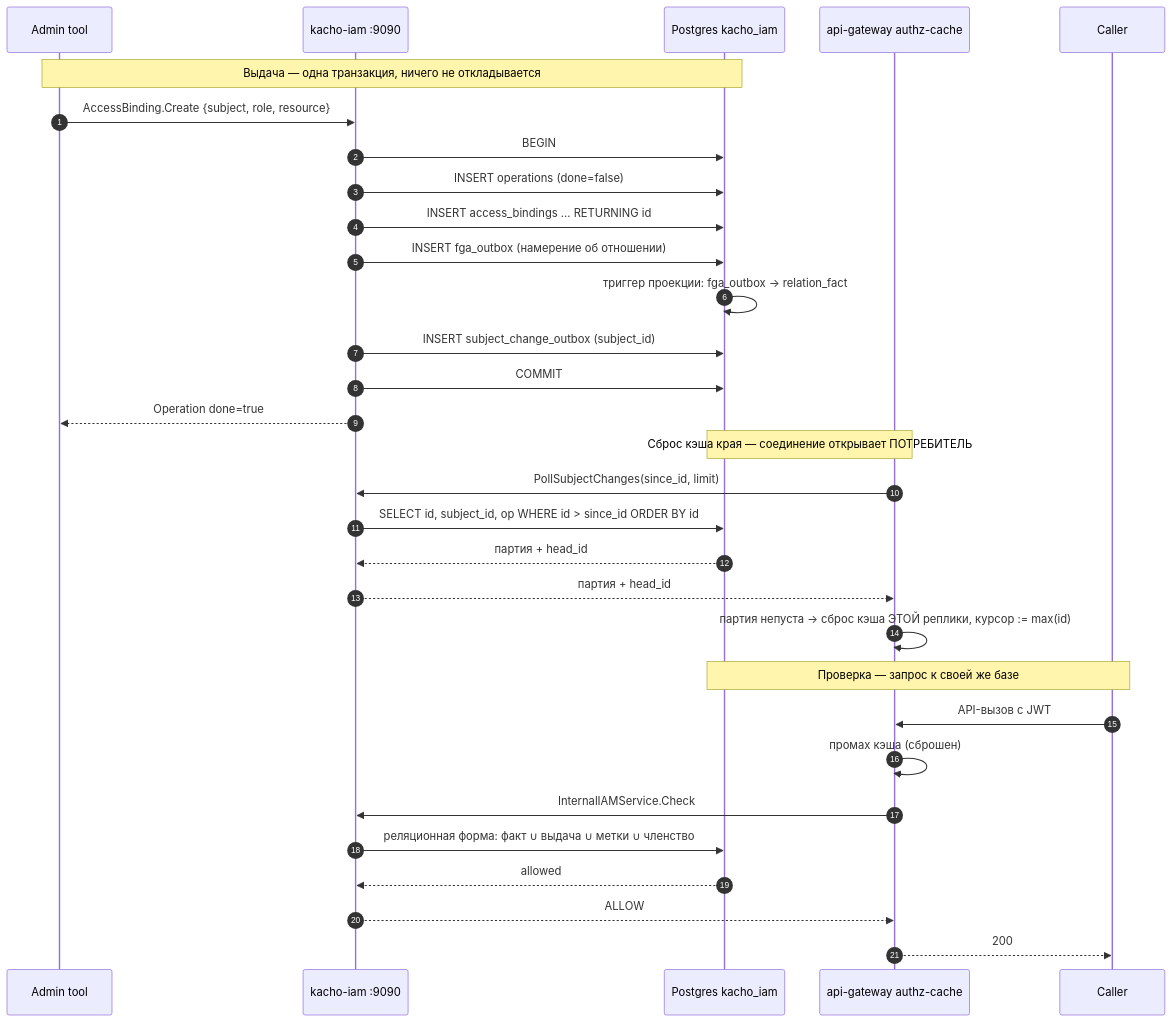
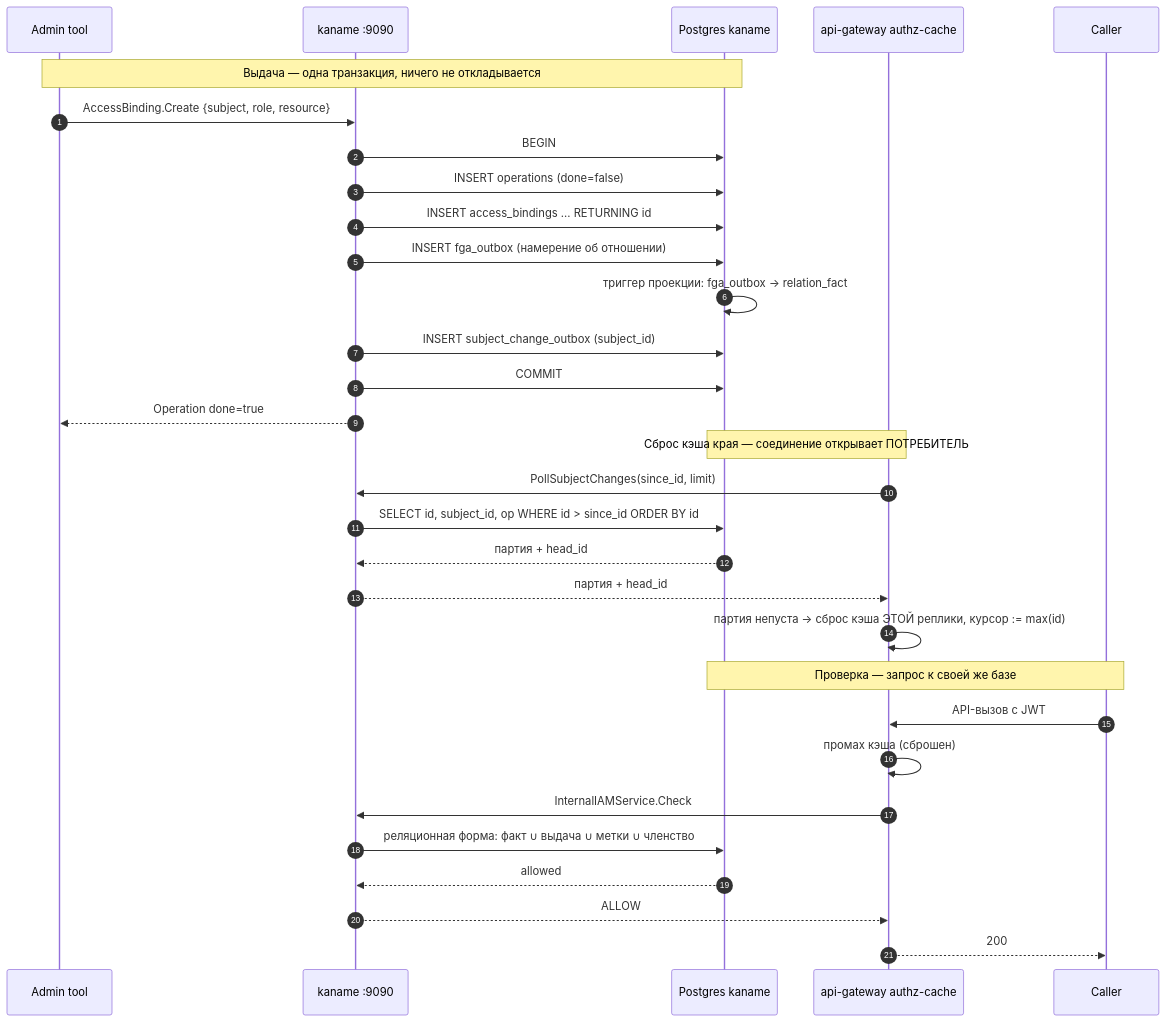
Before and after one commit to PRO-Robotech/kacho: the diagram in services/iam/docs/engineering/components/29-relational-verdict.md, drawn with Mermaid. The commit also changed other lines of this file and 5005 other files, not shown here.

````diff
--- a/services/iam/docs/engineering/components/29-relational-verdict.md
+++ b/services/iam/docs/engineering/components/29-relational-verdict.md
@@ -135,36 +135,36 @@
 ```mermaid
 sequenceDiagram
     autonumber
     participant Admin as Admin tool
-    participant IAM as kacho-iam :9090
-    participant DB as Postgres kacho_iam
+    participant IAM as kaname :9090
+    participant DB as Postgres kaname
     participant GW as api-gateway authz-cache
     participant Caller
 
     Note over Admin,DB: Выдача — одна транзакция, ничего не откладывается
     Admin->>IAM: AccessBinding.Create {subject, role, resource}
     IAM->>DB: BEGIN
     IAM->>DB: INSERT operations (done=false)
     IAM->>DB: INSERT access_bindings ... RETURNING id
     IAM->>DB: INSERT fga_outbox (намерение об отношении)
     DB->>DB: триггер проекции: fga_outbox → relation_fact
     IAM->>DB: INSERT subject_change_outbox (subject_id)
     IAM->>DB: COMMIT
     IAM-->>Admin: Operation done=true
 
     Note over GW,DB: Сброс кэша края — соединение открывает ПОТРЕБИТЕЛЬ
     GW->>IAM: PollSubjectChanges(since_id, limit)
     IAM->>DB: SELECT id, subject_id, op WHERE id > since_id ORDER BY id
     DB-->>IAM: партия + head_id
     IAM-->>GW: партия + head_id
     GW->>GW: партия непуста → сброс кэша ЭТОЙ реплики, курсор := max(id)
 
     Note over Caller,DB: Проверка — запрос к своей же базе
     Caller->>GW: API-вызов с JWT
     GW->>GW: промах кэша (сброшен)
     GW->>IAM: InternalIAMService.Check
     IAM->>DB: реляционная форма: факт ∪ выдача ∪ метки ∪ членство
     DB-->>IAM: allowed
     IAM-->>GW: ALLOW
     GW-->>Caller: 200
 ```
````
